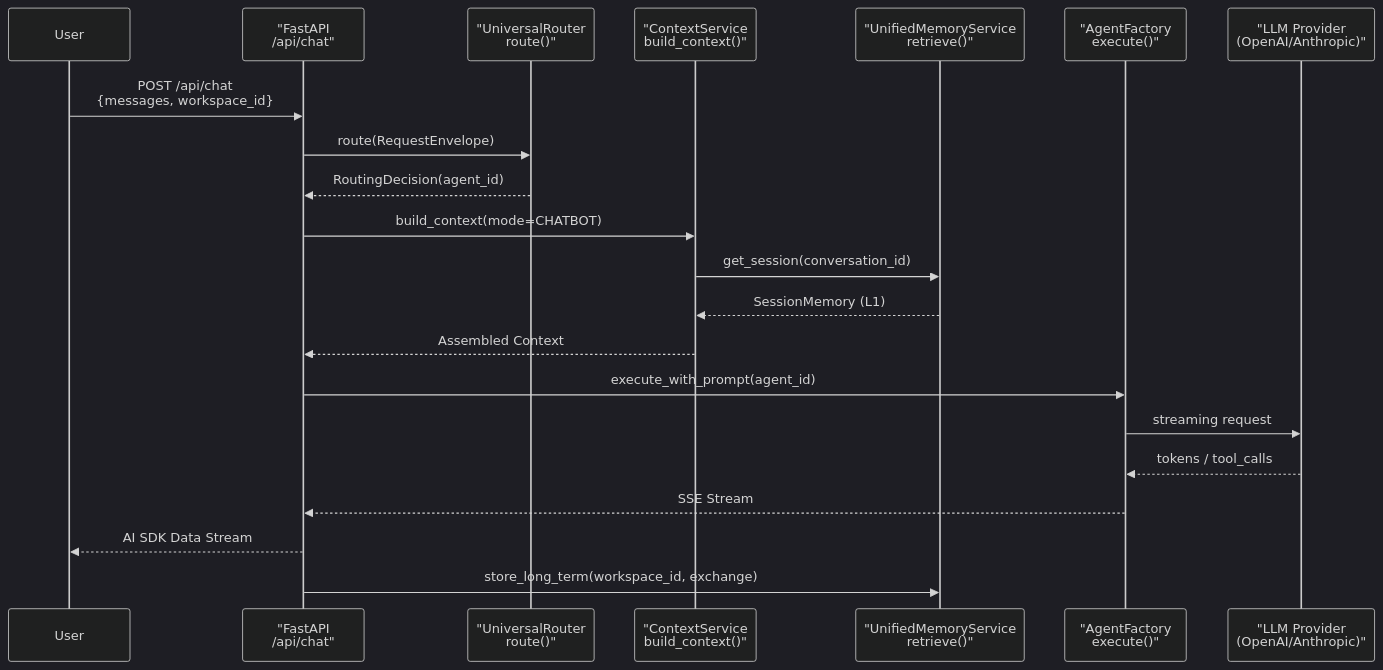
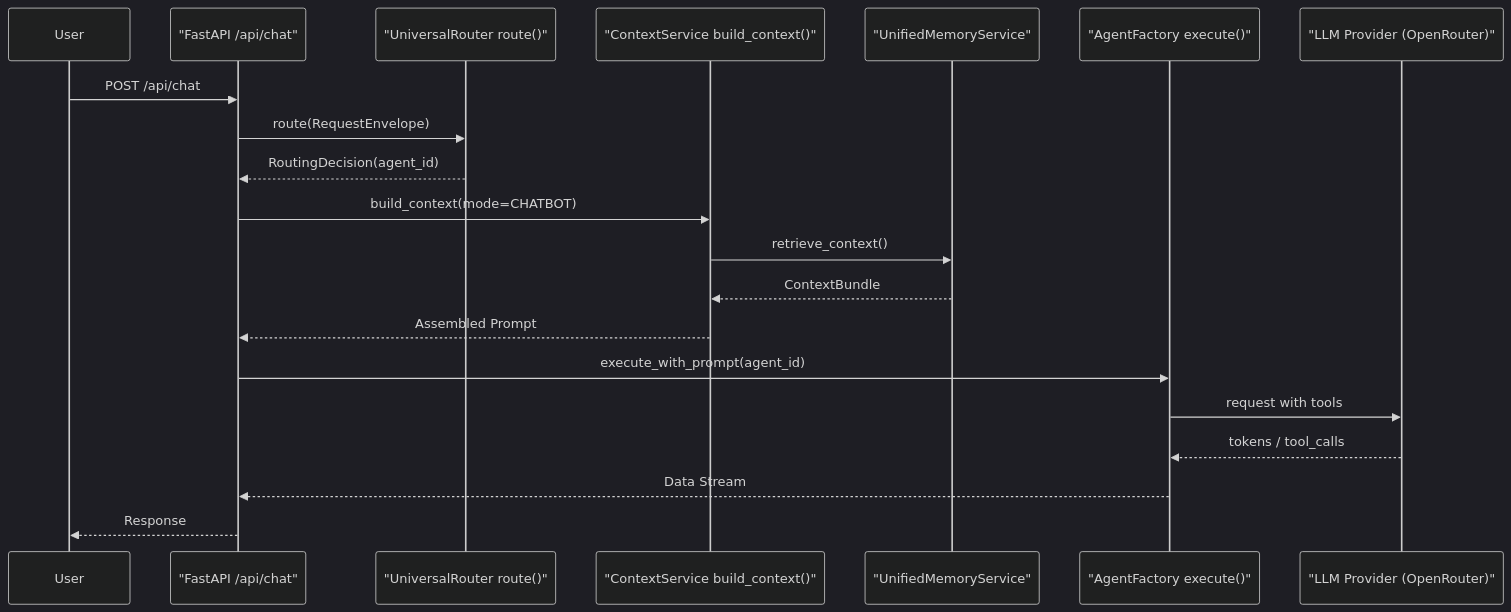
The second of 3 diagrams in docs/overview/_index.md (AutomatosAI/automatos-ai), drawn with Mermaid (dark theme) before and after one commit. The commit also changed other lines of this file and 153 other files, not shown here.

````diff
--- a/docs/overview/_index.md
+++ b/docs/overview/_index.md
@@ -132,28 +142,26 @@
 ```mermaid
 sequenceDiagram
     participant User
-    participant API as "FastAPI<br/>/api/chat"
-    participant Router as "UniversalRouter<br/>route()"
-    participant Context as "ContextService<br/>build_context()"
-    participant Memory as "UnifiedMemoryService<br/>retrieve()"
-    participant Factory as "AgentFactory<br/>execute()"
-    participant LLM as "LLM Provider<br/>(OpenAI/Anthropic)"
+    participant API as "FastAPI /api/chat"
+    participant Router as "UniversalRouter route()"
+    participant Context as "ContextService build_context()"
+    participant Memory as "UnifiedMemoryService"
+    participant Factory as "AgentFactory execute()"
+    participant LLM as "LLM Provider (OpenRouter)"
     
-    User->>API: POST /api/chat<br/>{messages, workspace_id}
+    User->>API: POST /api/chat
     
     API->>Router: route(RequestEnvelope)
     Router-->>API: RoutingDecision(agent_id)
     
     API->>Context: build_context(mode=CHATBOT)
-    Context->>Memory: get_session(conversation_id)
-    Memory-->>Context: SessionMemory (L1)
-    Context-->>API: Assembled Context
+    Context->>Memory: retrieve_context()
+    Memory-->>Context: ContextBundle
+    Context-->>API: Assembled Prompt
     
     API->>Factory: execute_with_prompt(agent_id)
-    Factory->>LLM: streaming request
+    Factory->>LLM: request with tools
     LLM-->>Factory: tokens / tool_calls
-    Factory-->>API: SSE Stream
-    API-->>User: AI SDK Data Stream
-    
-    API->>Memory: store_long_term(workspace_id, exchange)
+    Factory-->>API: Data Stream
+    API-->>User: Response
 ```
````
